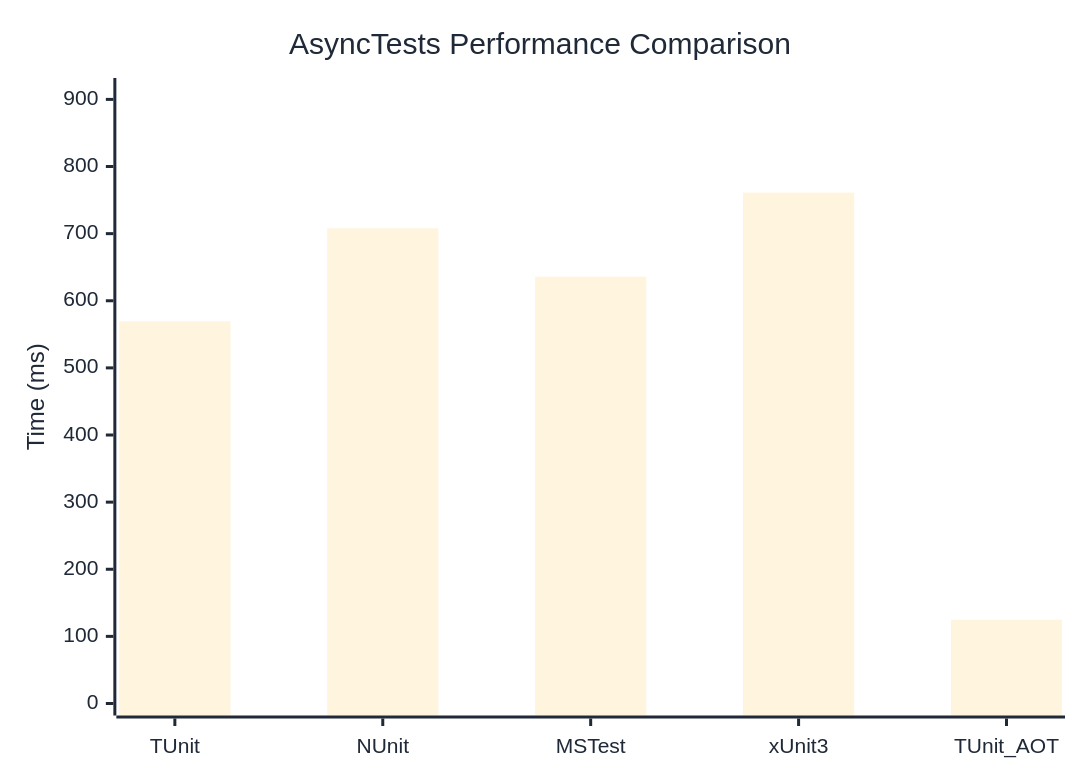
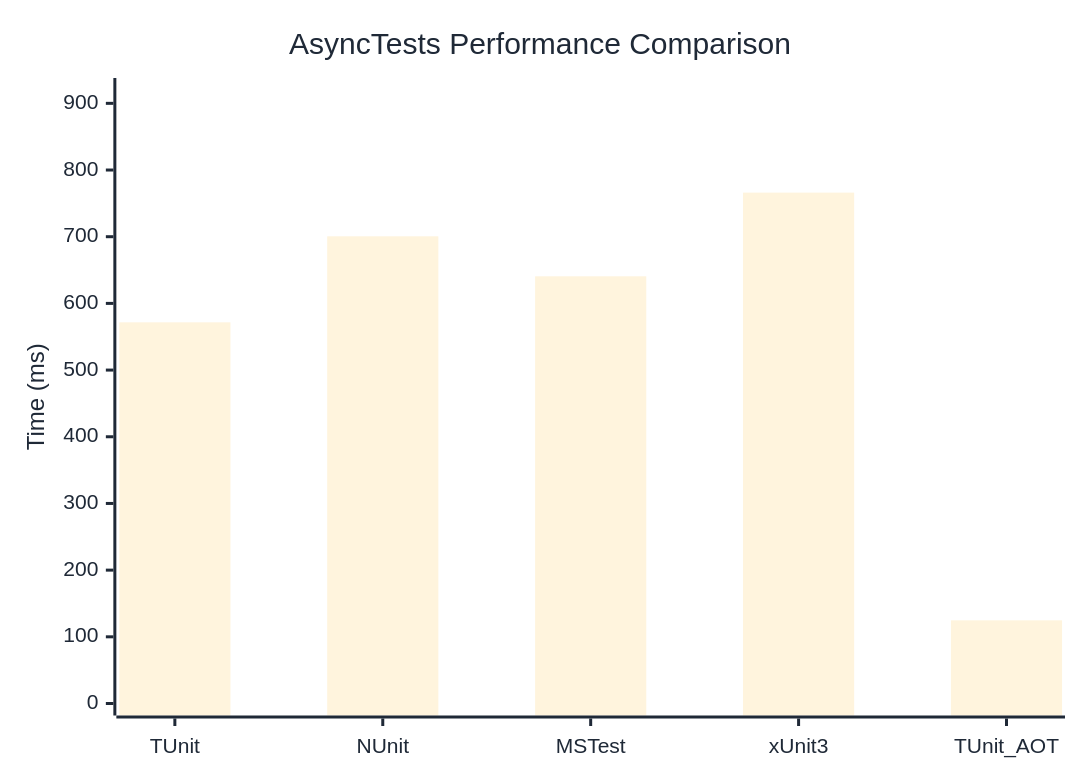
One commit to thomhurst/TUnit changed the diagram in docs/docs/benchmarks/AsyncTests.md. Above: the diagram before and after it, drawn with Mermaid. The commit also changed other lines of this file and 17 other files, not shown here.

````diff
--- a/docs/docs/benchmarks/AsyncTests.md
+++ b/docs/docs/benchmarks/AsyncTests.md
@@ -27,37 +27,37 @@
 ```mermaid
 %%{init: {
   'theme':'base',
   'themeVariables': {
     'primaryColor': '#2563eb',
     'primaryTextColor': '#1f2937',
     'primaryBorderColor': '#1e40af',
     'lineColor': '#6b7280',
     'secondaryColor': '#7c3aed',
     'tertiaryColor': '#dc2626',
     'background': '#ffffff',
     'mainBkg': '#2563eb',
     'secondBkg': '#7c3aed',
     'tertiaryBkg': '#dc2626',
     'clusterBkg': '#f3f4f6',
     'edgeLabelBackground': '#ffffff',
     'tertiaryTextColor': '#1f2937',
     'pie1': '#2563eb',
     'pie2': '#7c3aed',
     'pie3': '#dc2626',
     'pie4': '#f59e0b',
     'pie5': '#10b981',
     'pie6': '#06b6d4',
     'pie7': '#ec4899',
     'pie8': '#6366f1',
     'pie9': '#84cc16',
     'pie10': '#f97316',
     'pie11': '#14b8a6',
     'pie12': '#a855f7'
   }
 }}%%
 xychart-beta
   title "AsyncTests Performance Comparison"
   x-axis ["TUnit", "NUnit", "MSTest", "xUnit3", "TUnit_AOT"]
-  y-axis "Time (ms)" 0 --> 914
-  bar [569.3, 707.9, 635.9, 761.1, 124.7]
+  y-axis "Time (ms)" 0 --> 920
+  bar [571.6, 700.6, 640.6, 766.1, 124.7]
 ```
````
